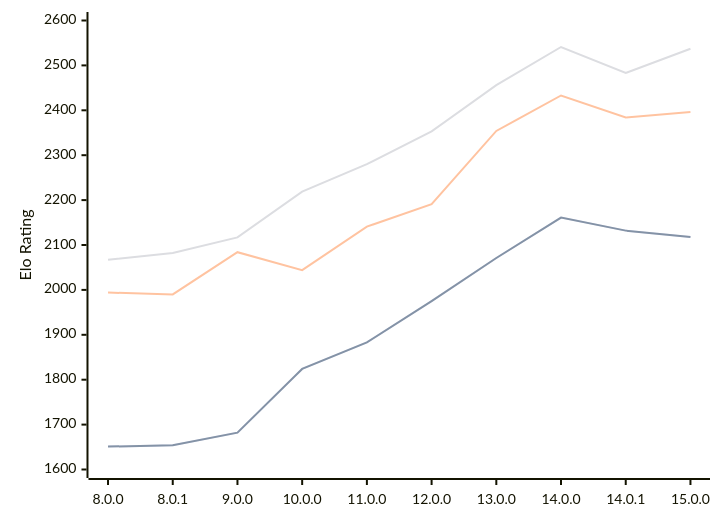
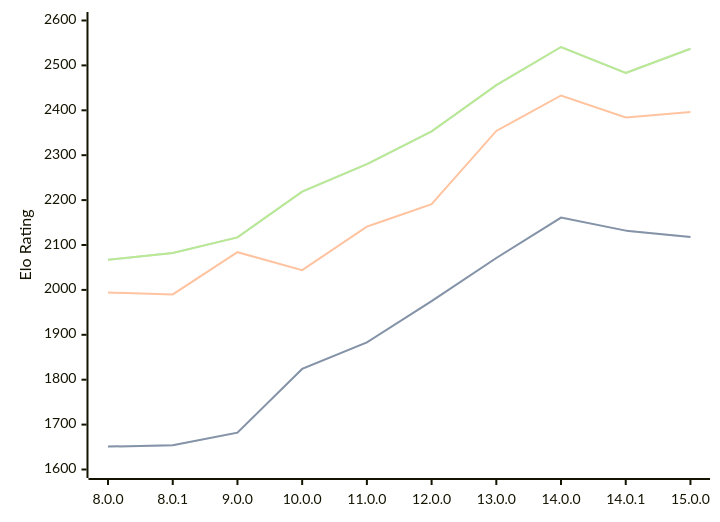
One commit to computer-chess-index/cci changed the diagram in engines/Cepimetheus.md. Above: the diagram before and after it, drawn with Mermaid. The commit also changed other lines of this file, not shown here.

````diff
--- a/engines/Cepimetheus.md
+++ b/engines/Cepimetheus.md
@@ -66,10 +66,11 @@
 ```mermaid
 %%{init: {"theme":"base","themeVariables":{"seriesColors:['#a3a3a3','#222221','#faa371']}}}%%
 xychart-beta
   x-axis ["8.0.0", "8.0.1", "9.0.0", "10.0.0", "11.0.0", "12.0.0", "13.0.0", "14.0.0", "14.0.1", "15.0.0"]
   y-axis "Elo Rating" 1600 --> 2600
   line "" [1651, 1654, 1682, 1824, 1883, 1975, 2071, 2161, 2132, 2118]
   line "STC (8.0+0.08s)" [1651, 1654, 1682, 1824, 1883, 1975, 2071, 2161, 2132, 2118]
   line "LTC (60.0+0.60s)" [1994, 1990, 2084, 2044, 2141, 2191, 2354, 2433, 2384, 2396]
+  line "" [2067, 2082, 2117, 2219, 2280, 2353, 2456, 2541, 2483, 2537]
   line "VLTC (2m24s+1.12s)" [2067, 2082, 2117, 2219, 2280, 2353, 2456, 2541, 2483, 2537]
 ```
````
